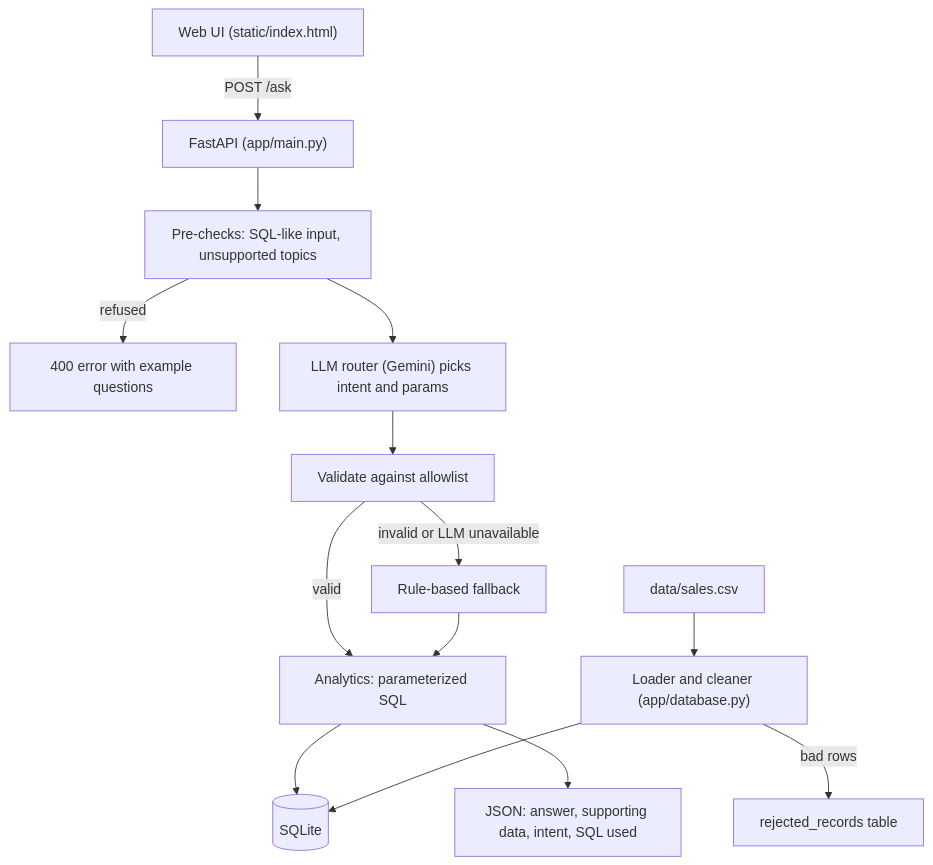
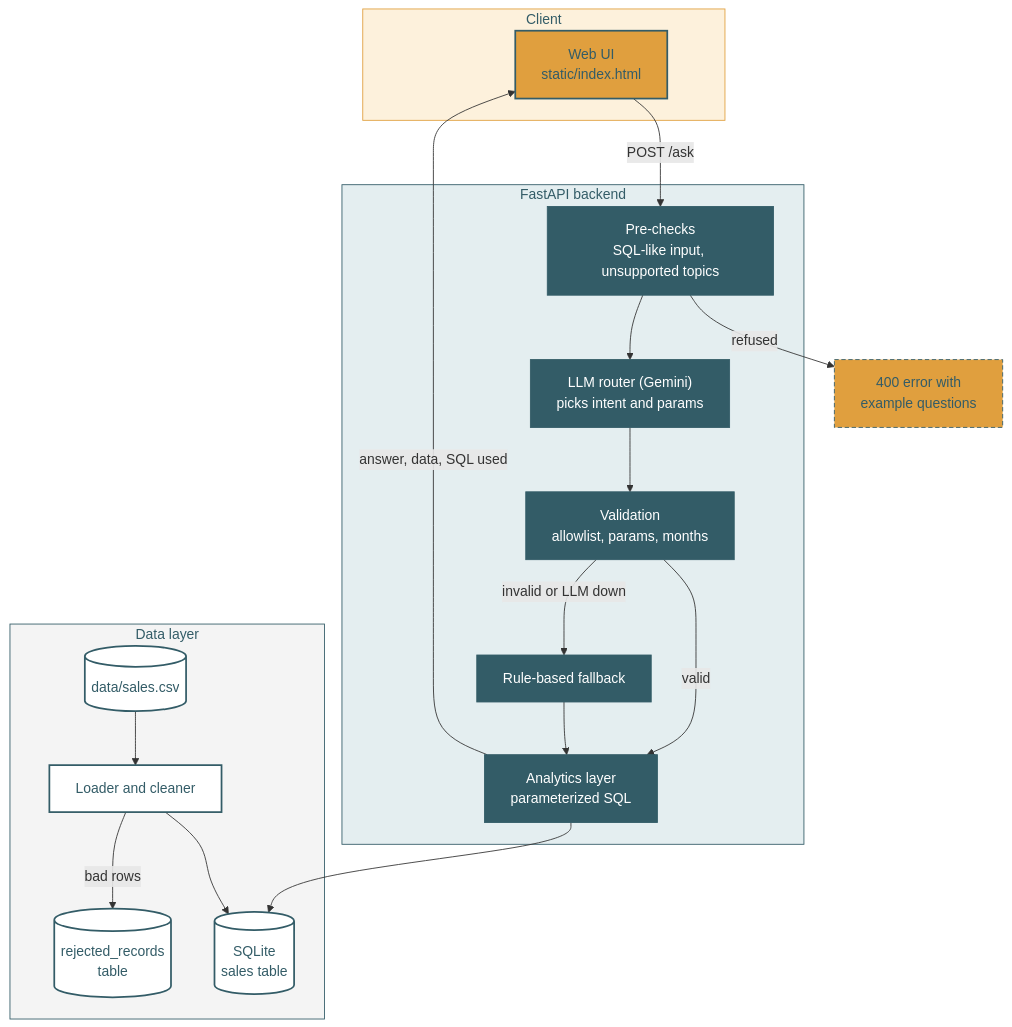
Before and after one commit to NavyaMaragoni/mini-ai-bi-assistant: the diagram in README.md, drawn with Mermaid.

Commit message:
README: restyle architecture diagram

````diff
--- a/README.md
+++ b/README.md
@@ -75,16 +75,48 @@
 ```mermaid
 flowchart TD
-    UI["Web UI (static/index.html)"] -->|POST /ask| API["FastAPI (app/main.py)"]
-    API --> PRE["Pre-checks: SQL-like input, unsupported topics"]
-    PRE -->|refused| ERR["400 error with example questions"]
-    PRE --> AI["LLM router (Gemini) picks intent and params"]
-    AI --> VAL["Validate against allowlist"]
-    VAL -->|invalid or LLM unavailable| RULES["Rule-based fallback"]
-    VAL -->|valid| SQL["Analytics: parameterized SQL"]
+    subgraph Client["Client"]
+        UI["Web UI<br/>static/index.html"]
+    end
+
+    subgraph Backend["FastAPI backend"]
+        PRE["Pre-checks<br/>SQL-like input, unsupported topics"]
+        AI["LLM router (Gemini)<br/>picks intent and params"]
+        VAL["Validation<br/>allowlist, params, months"]
+        RULES["Rule-based fallback"]
+        SQL["Analytics layer<br/>parameterized SQL"]
+    end
+
+    subgraph Data["Data layer"]
+        CSV[("data/sales.csv")]
+        LOAD["Loader and cleaner"]
+        DB[("SQLite<br/>sales table")]
+        REJ[("rejected_records<br/>table")]
+    end
+
+    ERR["400 error with<br/>example questions"]
+
+    UI -->|"POST /ask"| PRE
+    PRE -->|"refused"| ERR
+    PRE --> AI
+    AI --> VAL
+    VAL -->|"valid"| SQL
+    VAL -->|"invalid or LLM down"| RULES
     RULES --> SQL
-    SQL --> DB[("SQLite")]
-    CSV["data/sales.csv"] --> LOAD["Loader and cleaner (app/database.py)"]
+    SQL --> DB
+    CSV --> LOAD
     LOAD --> DB
-    LOAD -->|bad rows| REJ["rejected_records table"]
-    SQL --> OUT["JSON: answer, supporting data, intent, SQL used"]
+    LOAD -->|"bad rows"| REJ
+    SQL -->|"answer, data, SQL used"| UI
+
+    classDef client fill:#E09F3E,stroke:#335C67,stroke-width:2px,color:#335C67
+    classDef backend fill:#335C67,stroke:#335C67,color:#FFFFFF
+    classDef data fill:#FFFFFF,stroke:#335C67,stroke-width:2px,color:#335C67
+    classDef error fill:#E09F3E,stroke:#335C67,stroke-dasharray:5 3,color:#335C67
+    class UI client
+    class PRE,AI,VAL,RULES,SQL backend
+    class CSV,LOAD,DB,REJ data
+    class ERR error
+    style Client fill:#FDF1DC,stroke:#E09F3E,color:#335C67
+    style Backend fill:#E4EEF0,stroke:#335C67,color:#335C67
+    style Data fill:#F4F4F4,stroke:#335C67,color:#335C67
 ```
````
